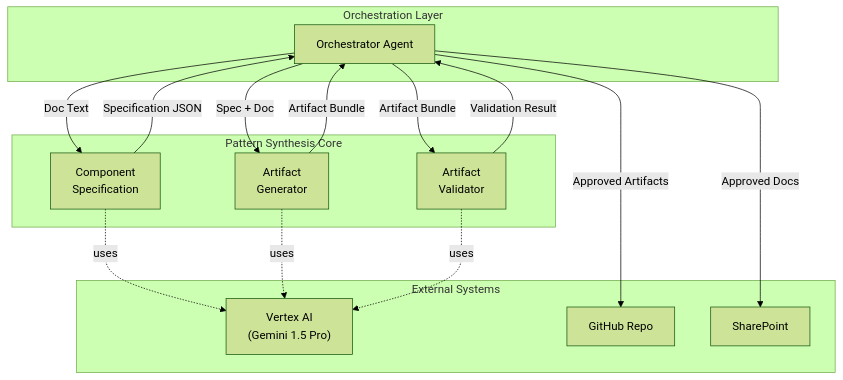
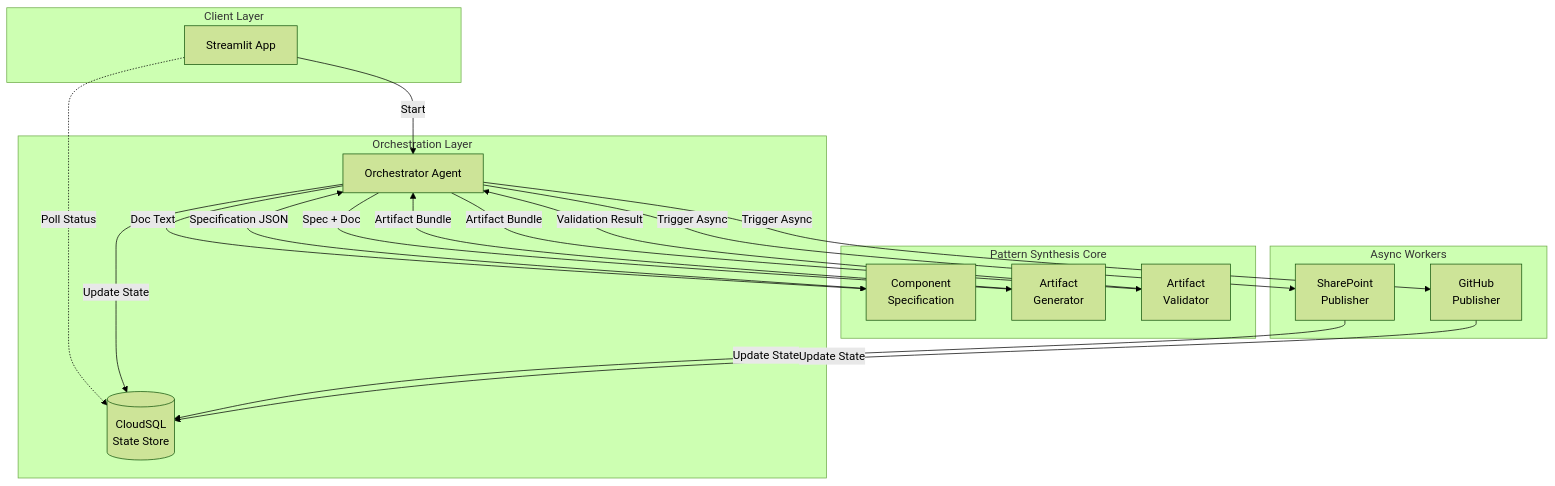
The fourth of 5 diagrams in DESIGN_DOCUMENT.md (rnerurkar/engen), drawn with Mermaid (forest theme) before and after one commit. The commit also changed other lines of this file and 3 other files, not shown here.

````diff
--- a/DESIGN_DOCUMENT.md
+++ b/DESIGN_DOCUMENT.md
@@ -615,34 +365,42 @@
 ```mermaid
 graph TD
+    subgraph "Client Layer"
+        UI[Streamlit App]
+    end
+
     subgraph "Orchestration Layer"
         Orch[Orchestrator Agent]
+        DB[(CloudSQL<br/>State Store)]
     end
 
     subgraph "Pattern Synthesis Core"
         CompSpec["Component<br/>Specification"]
         ArtGen["Artifact<br/>Generator"]
         ArtVal["Artifact<br/>Validator"]
     end
 
-    subgraph "External Systems"
-        Vertex["Vertex AI<br/>(Gemini 1.5 Pro)"]
-        GitHub[GitHub Repo]
-        SP[SharePoint]
+    subgraph "Async Workers"
+        PubDocs[SharePoint<br/>Publisher]
+        PubCode[GitHub<br/>Publisher]
     end
 
     %% Data Flow
+    UI -->|Start| Orch
+    UI -.->|Poll Status| DB
+
+    Orch -->|Update State| DB
+    Orch -->|Trigger Async| PubDocs
+    Orch -->|Trigger Async| PubCode
+
+    PubDocs -->|Update State| DB
+    PubCode -->|Update State| DB
+
     Orch -->|Doc Text| CompSpec
     CompSpec -->|Specification JSON| Orch
-    CompSpec -.->|uses| Vertex
 
     Orch -->|Spec + Doc| ArtGen
     ArtGen -->|Artifact Bundle| Orch
-    ArtGen -.->|uses| Vertex
 
     Orch -->|Artifact Bundle| ArtVal
     ArtVal -->|Validation Result| Orch
-    ArtVal -.->|uses| Vertex
-
-    Orch -->|Approved Artifacts| GitHub
-    Orch -->|Approved Docs| SP
 ```
````
